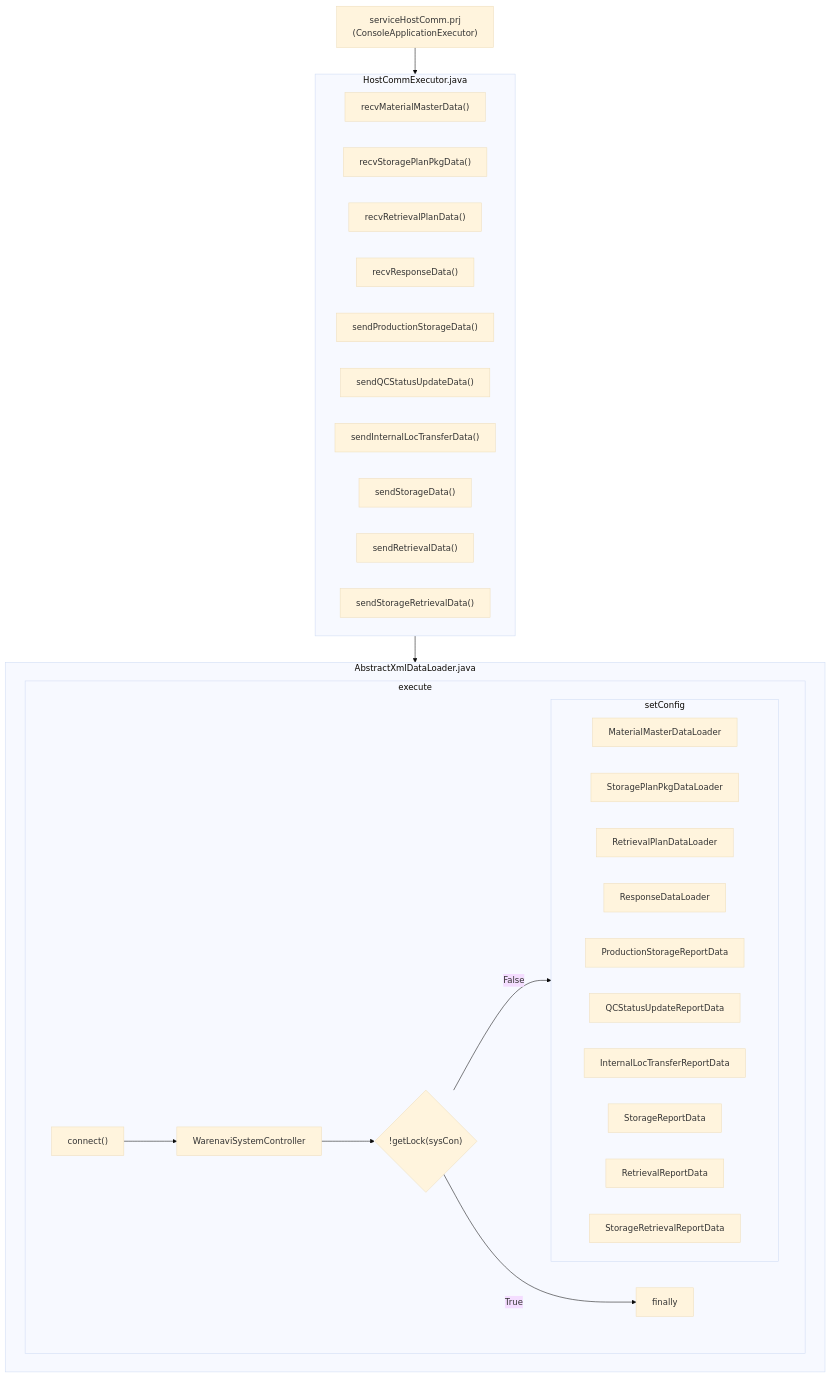
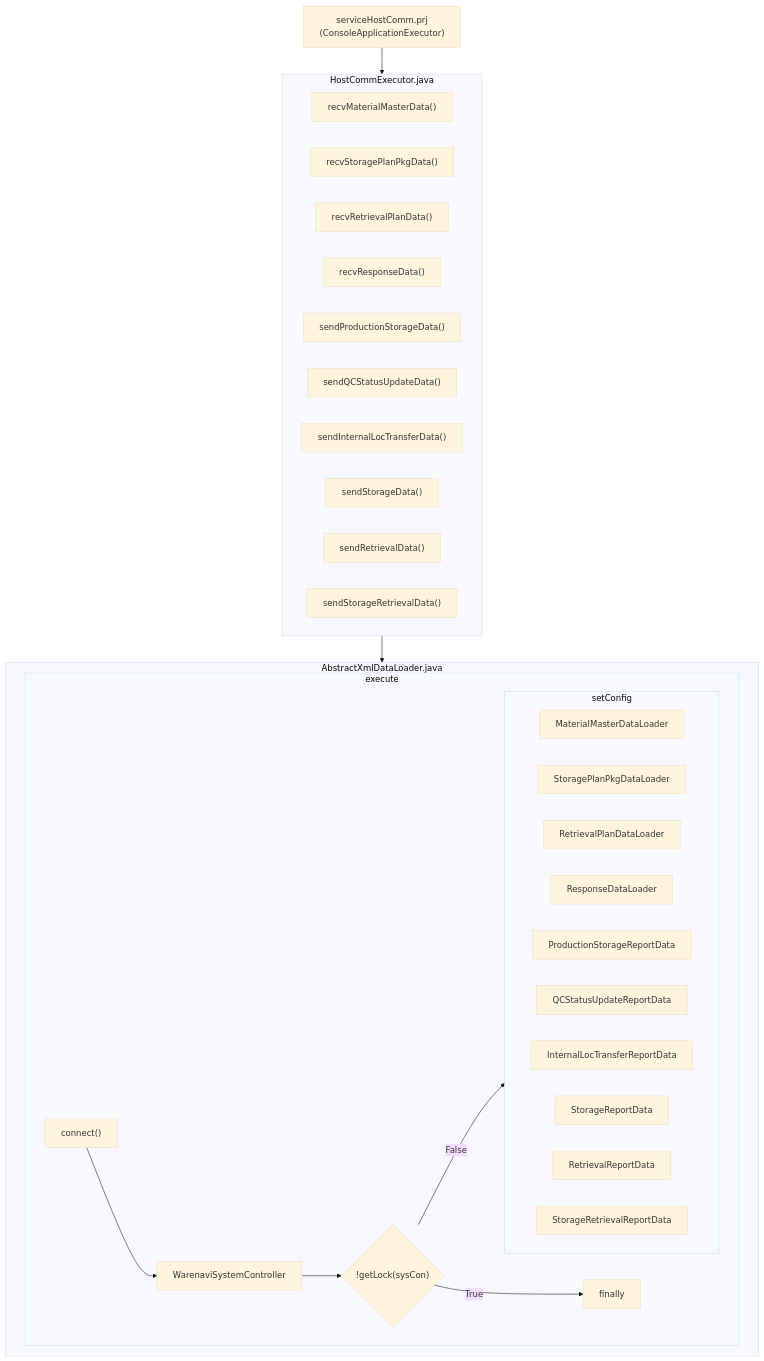
Before and after one commit to luthfiadityaa/SimeDarby-Wiki: the diagram in Basic-Design/Host-Interfaces.md, drawn with Mermaid (base theme).

Commit message:
Updated Host Interfaces

```diff
--- a/Basic-Design/Host-Interfaces.md
+++ b/Basic-Design/Host-Interfaces.md
@@ -30,51 +30,53 @@
 ::: mermaid
 flowchart TD
  C1["serviceHostComm.prj<br>(ConsoleApplicationExecutor)"]           
  C1 --> HostCommExecutor.java
  AbstractXmlDataLoader.java
  HostCommExecutor.java --> AbstractXmlDataLoader.java
+
+execute --> setConfig
 
 subgraph HostCommExecutor.java
  C2["recvMaterialMasterData()"]
  C3["recvStoragePlanPkgData()"]
  C4["recvRetrievalPlanData()"]
  C5["recvResponseData()"]
  C6["sendProductionStorageData()"]
  C7["sendQCStatusUpdateData()"]
  C8["sendInternalLocTransferData()"]
  C9["sendStorageData()"]
  C10["sendRetrievalData()"]
  C11["sendStorageRetrievalData()"]
 end
 
 subgraph AbstractXmlDataLoader.java
  execute        
 end
 
 subgraph execute
  C13["connect()"]
  C14["WarenaviSystemController"]
  
  Cond1{"!getLock(sysCon)"} 
 
  C15["finally"]
 
  C13 --> C14 --> Cond1
  Cond1 --> |False| setConfig
  Cond1 --> |True| C15   
 end
 
 subgraph setConfig
  C21["MaterialMasterDataLoader"]
  C22["StoragePlanPkgDataLoader"]
  C23["RetrievalPlanDataLoader"]
  C24["ResponseDataLoader"]
  C25["ProductionStorageReportData"]
  C26["QCStatusUpdateReportData"]
  C27["InternalLocTransferReportData"]
  C28["StorageReportData"]
  C29["RetrievalReportData"]
  C30["StorageRetrievalReportData"]        
 end
 
 :::
```
